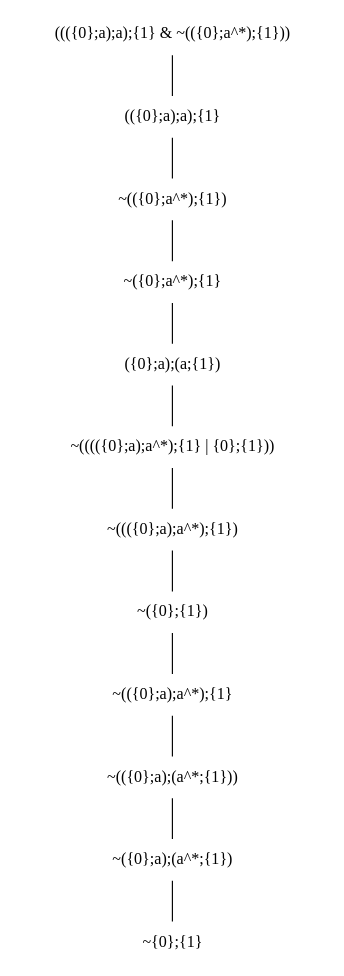
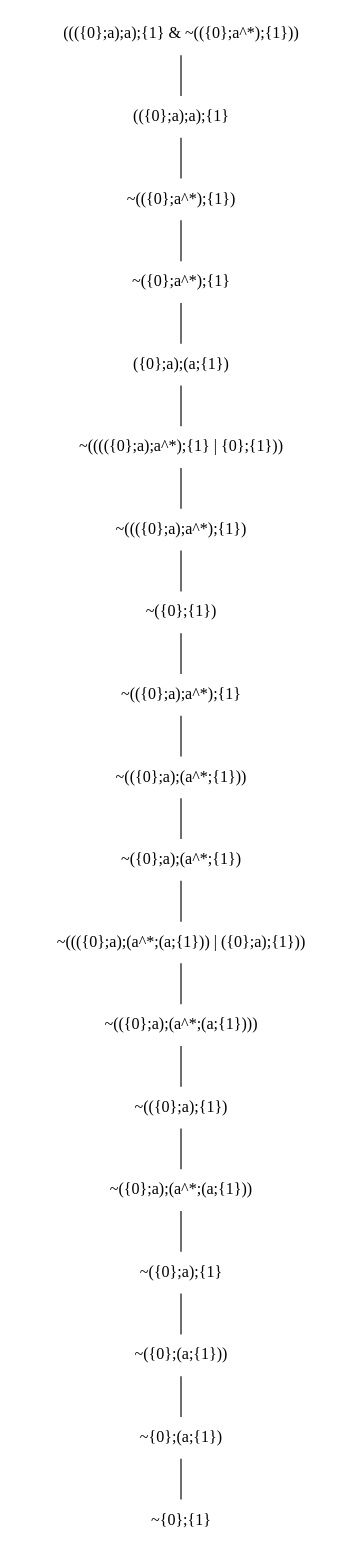
The diagram in output/test.dot (jangreen/rat), drawn with Graphviz before and after one commit. The commit also changed 4 other files, not shown here.

```diff
--- a/output/test.dot
+++ b/output/test.dot
@@ -1,26 +1,40 @@
 graph {
 node[shape="plaintext"]
-N0x15663aca0[label="((({0};a);a);{1} & ~(({0};a^*);{1}))"];
-N0x156635dc0[label="(({0};a);a);{1}"];
-N0x156628150[label="~(({0};a^*);{1})"];
-N0x15663fd20[label="~({0};a^*);{1}"];
-N0x156640420[label="({0};a);(a;{1})"];
-N0x15661f430[label="~(((({0};a);a^*);{1} | {0};{1}))"];
-N0x156626ae0[label="~((({0};a);a^*);{1})"];
-N0x156638aa0[label="~({0};{1})"];
-N0x15663a6f0[label="~(({0};a);a^*);{1}"];
-N0x156634e80[label="~(({0};a);(a^*;{1}))"];
-N0x15662fa10[label="~({0};a);(a^*;{1})"];
-N0x15661f1a0[label="~{0};{1}"];
-N0x15662fa10 -- N0x15661f1a0;
-N0x156634e80 -- N0x15662fa10;
-N0x15663a6f0 -- N0x156634e80;
-N0x156638aa0 -- N0x15663a6f0;
-N0x156626ae0 -- N0x156638aa0;
-N0x15661f430 -- N0x156626ae0;
-N0x156640420 -- N0x15661f430;
-N0x15663fd20 -- N0x156640420;
-N0x156628150 -- N0x15663fd20;
-N0x156635dc0 -- N0x156628150;
-N0x15663aca0 -- N0x156635dc0;
+N0x134640280[label="((({0};a);a);{1} & ~(({0};a^*);{1}))"];
+N0x134637f20[label="(({0};a);a);{1}"];
+N0x134622a40[label="~(({0};a^*);{1})"];
+N0x13462b830[label="~({0};a^*);{1}"];
+N0x134622ca0[label="({0};a);(a;{1})"];
+N0x134623e20[label="~(((({0};a);a^*);{1} | {0};{1}))"];
+N0x13463f5c0[label="~((({0};a);a^*);{1})"];
+N0x134636a00[label="~({0};{1})"];
+N0x134638ac0[label="~(({0};a);a^*);{1}"];
+N0x1346301c0[label="~(({0};a);(a^*;{1}))"];
+N0x13462fa30[label="~({0};a);(a^*;{1})"];
+N0x134631360[label="~((({0};a);(a^*;(a;{1})) | ({0};a);{1}))"];
+N0x134640e20[label="~(({0};a);(a^*;(a;{1})))"];
+N0x134642eb0[label="~(({0};a);{1})"];
+N0x134642cb0[label="~({0};a);(a^*;(a;{1}))"];
+N0x134642de0[label="~({0};a);{1}"];
+N0x134642e20[label="~({0};(a;{1}))"];
+N0x134642fe0[label="~{0};(a;{1})"];
+N0x13463b690[label="~{0};{1}"];
+N0x134642fe0 -- N0x13463b690;
+N0x134642e20 -- N0x134642fe0;
+N0x134642de0 -- N0x134642e20;
+N0x134642cb0 -- N0x134642de0;
+N0x134642eb0 -- N0x134642cb0;
+N0x134640e20 -- N0x134642eb0;
+N0x134631360 -- N0x134640e20;
+N0x13462fa30 -- N0x134631360;
+N0x1346301c0 -- N0x13462fa30;
+N0x134638ac0 -- N0x1346301c0;
+N0x134636a00 -- N0x134638ac0;
+N0x13463f5c0 -- N0x134636a00;
+N0x134623e20 -- N0x13463f5c0;
+N0x134622ca0 -- N0x134623e20;
+N0x13462b830 -- N0x134622ca0;
+N0x134622a40 -- N0x13462b830;
+N0x134637f20 -- N0x134622a40;
+N0x134640280 -- N0x134637f20;
 }
```
